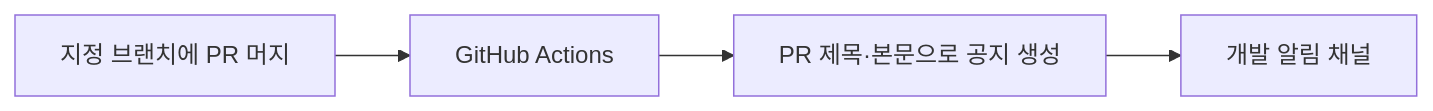
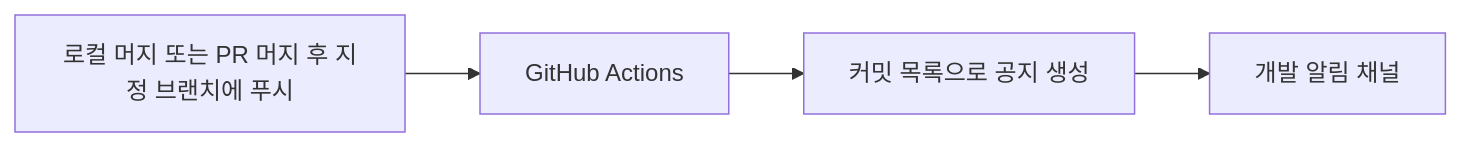
Before and after one commit to lkhwcf-arch/Human_Ghost-: the diagram in Docs/DiscordNotifications.md, drawn with Mermaid. The commit also changed other lines of this file and 1 other file, not shown here.

````diff
--- a/Docs/DiscordNotifications.md
+++ b/Docs/DiscordNotifications.md
@@ -3,6 +3,6 @@
 ```mermaid
 flowchart LR
-    A[지정 브랜치에 PR 머지] --> B[GitHub Actions]
-    B --> C[PR 제목·본문으로 공지 생성]
+    A[로컬 머지 또는 PR 머지 후 지정 브랜치에 푸시] --> B[GitHub Actions]
+    B --> C[커밋 목록으로 공지 생성]
     C --> D[개발 알림 채널]
 ```
````
